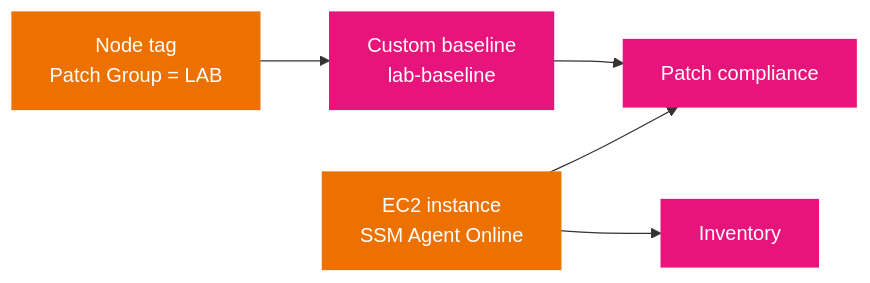
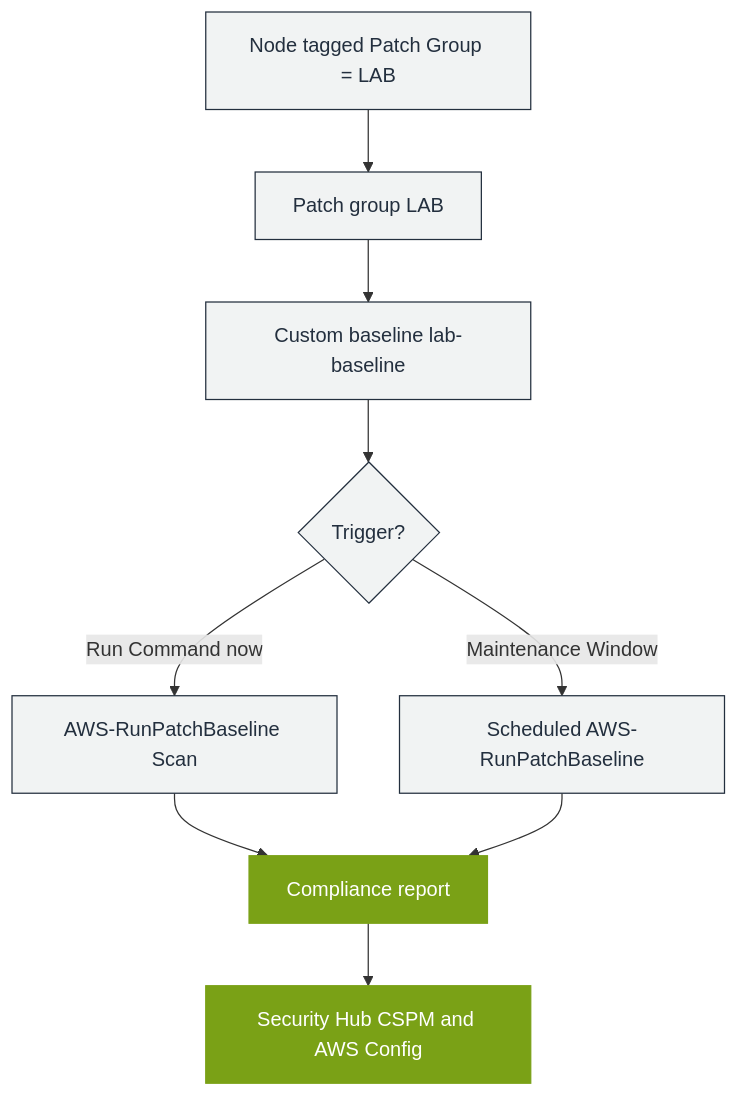
One commit to GabrielAlmeidaFlores/AWS-CloudOps-Engineer-Associate-Doc changed the second of 3 diagrams in 02-services/10-management-governance/15-systems-manager/19-hands-on-project.md. Above: the diagram before and after it, drawn with Mermaid. The commit also changed other lines of this file and 3 other files, not shown here.

````diff
--- a/02-services/10-management-governance/15-systems-manager/19-hands-on-project.md
+++ b/02-services/10-management-governance/15-systems-manager/19-hands-on-project.md
@@ -13,16 +195,15 @@
 ```mermaid
-flowchart LR
-    TAG["Node tag<br/>Patch Group = LAB"]:::compute
-    NODE["EC2 instance<br/>SSM Agent Online"]:::compute
-    BL["Custom baseline<br/>lab-baseline"]:::mgmt
-    COMP["Patch compliance"]:::mgmt
-    INV["Inventory"]:::mgmt
-    TAG --> BL
-    NODE --> COMP
-    BL --> COMP
-    NODE --> INV
-    classDef compute fill:#ED7100,stroke:#ED7100,color:#ffffff
-    classDef mgmt fill:#E7157B,stroke:#E7157B,color:#ffffff
-    class TAG,NODE compute
-    class BL,COMP,INV mgmt
+flowchart TD
+    A["Node tagged Patch Group = LAB"] --> B["Patch group LAB"]
+    B --> C["Custom baseline lab-baseline"]
+    C --> D{"Trigger?"}
+    D -->|"Run Command now"| E["AWS-RunPatchBaseline Scan"]
+    D -->|"Maintenance Window"| F["Scheduled AWS-RunPatchBaseline"]
+    E --> G["Compliance report"]
+    F --> G
+    G --> H["Security Hub CSPM and AWS Config"]
+    classDef step fill:#F1F3F3,stroke:#232F3E,color:#232F3E
+    classDef ok fill:#7AA116,stroke:#7AA116,color:#ffffff
+    class A,B,C,D,E,F step
+    class G,H ok
 ```
````
